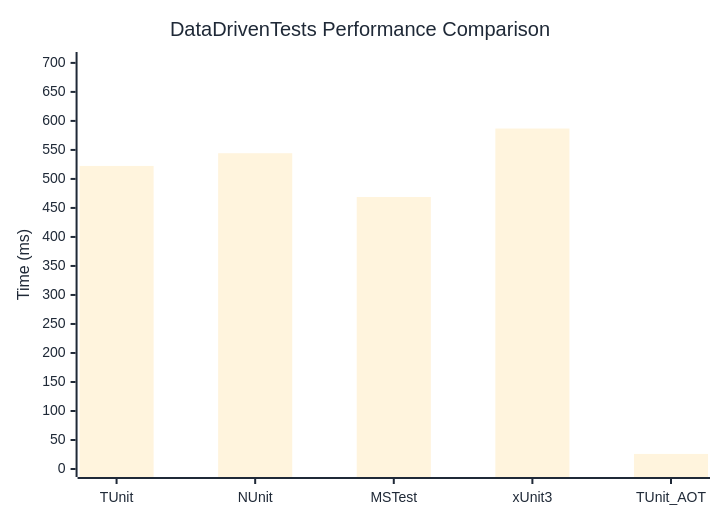
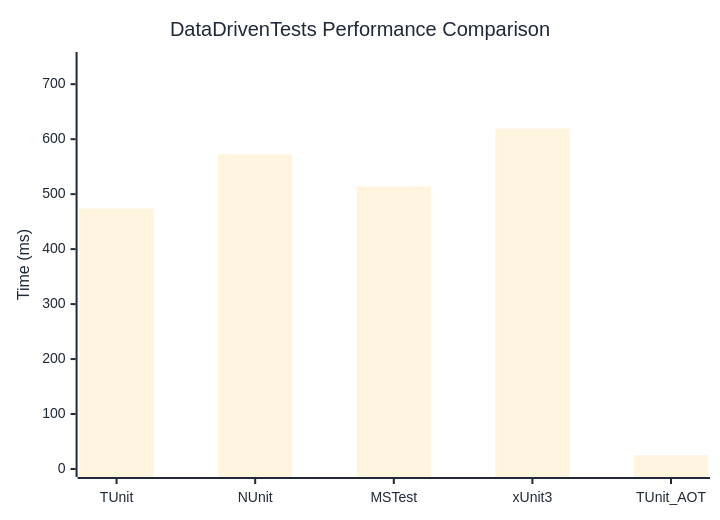
One commit to thomhurst/TUnit changed the diagram in docs/docs/benchmarks/DataDrivenTests.md. Above: the diagram before and after it, drawn with Mermaid. The commit also changed other lines of this file and 17 other files, not shown here.

````diff
--- a/docs/docs/benchmarks/DataDrivenTests.md
+++ b/docs/docs/benchmarks/DataDrivenTests.md
@@ -27,37 +27,37 @@
 ```mermaid
 %%{init: {
   'theme':'base',
   'themeVariables': {
     'primaryColor': '#2563eb',
     'primaryTextColor': '#1f2937',
     'primaryBorderColor': '#1e40af',
     'lineColor': '#6b7280',
     'secondaryColor': '#7c3aed',
     'tertiaryColor': '#dc2626',
     'background': '#ffffff',
     'mainBkg': '#2563eb',
     'secondBkg': '#7c3aed',
     'tertiaryBkg': '#dc2626',
     'clusterBkg': '#f3f4f6',
     'edgeLabelBackground': '#ffffff',
     'tertiaryTextColor': '#1f2937',
     'pie1': '#2563eb',
     'pie2': '#7c3aed',
     'pie3': '#dc2626',
     'pie4': '#f59e0b',
     'pie5': '#10b981',
     'pie6': '#06b6d4',
     'pie7': '#ec4899',
     'pie8': '#6366f1',
     'pie9': '#84cc16',
     'pie10': '#f97316',
     'pie11': '#14b8a6',
     'pie12': '#a855f7'
   }
 }}%%
 xychart-beta
   title "DataDrivenTests Performance Comparison"
   x-axis ["TUnit", "NUnit", "MSTest", "xUnit3", "TUnit_AOT"]
-  y-axis "Time (ms)" 0 --> 705
-  bar [522.39, 544.31, 468.87, 586.86, 25.96]
+  y-axis "Time (ms)" 0 --> 744
+  bar [473.71, 572.35, 513.78, 619.4, 25.17]
 ```
````
